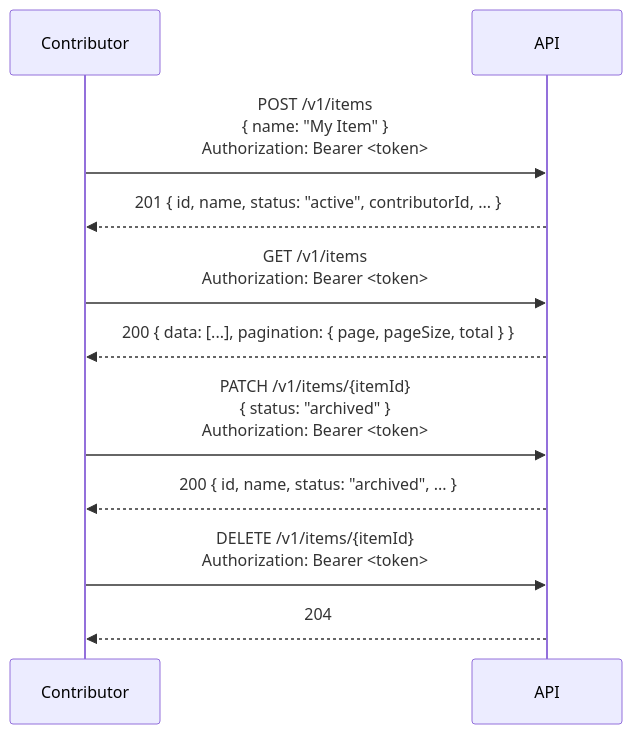
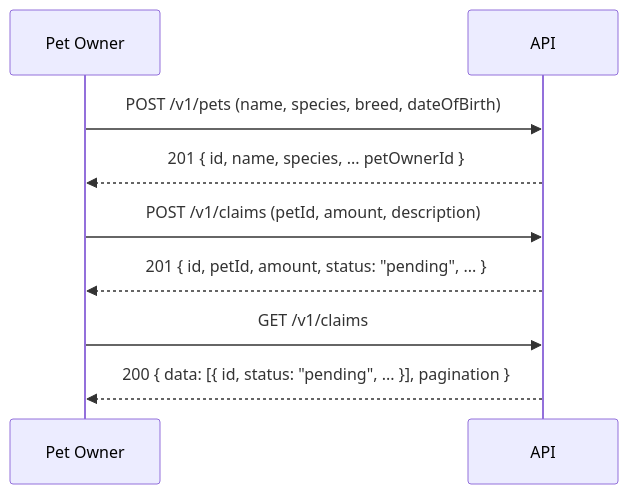
Before and after one commit to dataGriff/pet.insurance.domain.app.v1: the second of 6 diagrams in docs/specifications/sequence-diagrams.md, drawn with Mermaid. The commit also changed other lines of this file and 22 other files, not shown here.

````diff
--- a/docs/specifications/sequence-diagrams.md
+++ b/docs/specifications/sequence-diagrams.md
@@ -26,17 +31,14 @@
 ```mermaid
 sequenceDiagram
-    participant Contributor
+    participant PetOwner as Pet Owner
     participant API
 
-    Contributor->>API: POST /v1/items<br/>{ name: "My Item" }<br/>Authorization: Bearer <token>
-    API-->>Contributor: 201 { id, name, status: "active", contributorId, ... }
+    PetOwner->>API: POST /v1/pets (name, species, breed, dateOfBirth)
+    API-->>PetOwner: 201 { id, name, species, ... petOwnerId }
 
-    Contributor->>API: GET /v1/items<br/>Authorization: Bearer <token>
-    API-->>Contributor: 200 { data: [...], pagination: { page, pageSize, total } }
+    PetOwner->>API: POST /v1/claims (petId, amount, description)
+    API-->>PetOwner: 201 { id, petId, amount, status: "pending", ... }
 
-    Contributor->>API: PATCH /v1/items/{itemId}<br/>{ status: "archived" }<br/>Authorization: Bearer <token>
-    API-->>Contributor: 200 { id, name, status: "archived", ... }
-
-    Contributor->>API: DELETE /v1/items/{itemId}<br/>Authorization: Bearer <token>
-    API-->>Contributor: 204
+    PetOwner->>API: GET /v1/claims
+    API-->>PetOwner: 200 { data: [{ id, status: "pending", ... }], pagination }
 ```
````
